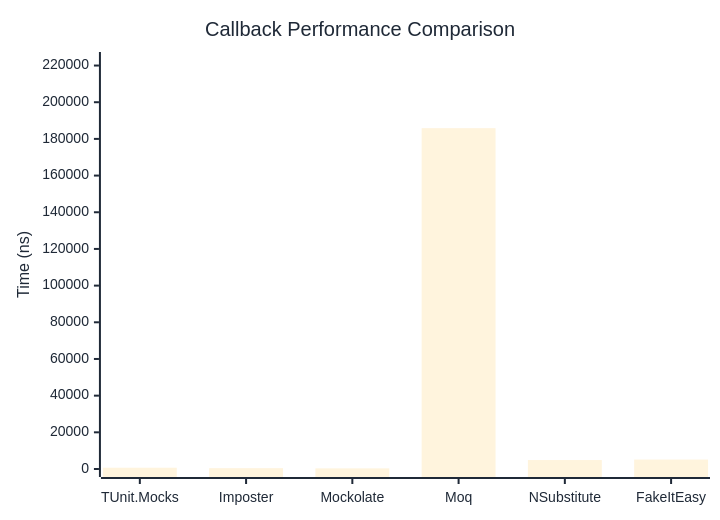
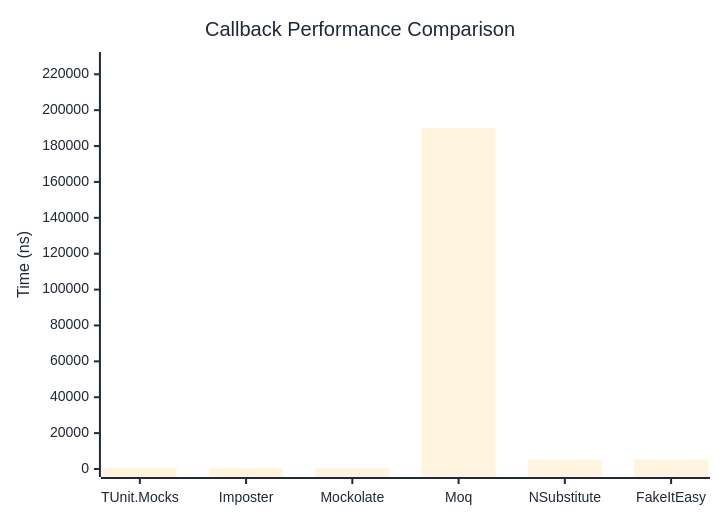
The first of 2 diagrams in docs/docs/benchmarks/mocks/Callback.md (thomhurst/TUnit), drawn with Mermaid before and after one commit. The commit also changed other lines of this file and 14 other files, not shown here.

````diff
--- a/docs/docs/benchmarks/mocks/Callback.md
+++ b/docs/docs/benchmarks/mocks/Callback.md
@@ -30,27 +30,27 @@
 ```mermaid
 %%{init: {
   'theme':'base',
   'themeVariables': {
     'primaryColor': '#2563eb',
     'primaryTextColor': '#1f2937',
     'primaryBorderColor': '#1e40af',
     'lineColor': '#6b7280',
     'secondaryColor': '#7c3aed',
     'tertiaryColor': '#dc2626',
     'background': '#ffffff',
     'pie1': '#2563eb',
     'pie2': '#7c3aed',
     'pie3': '#dc2626',
     'pie4': '#f59e0b',
     'pie5': '#10b981',
     'pie6': '#06b6d4',
     'pie7': '#ec4899',
     'pie8': '#6366f1'
   }
 }}%%
 xychart-beta
   title "Callback Performance Comparison"
   x-axis ["TUnit.Mocks", "Imposter", "Mockolate", "Moq", "NSubstitute", "FakeItEasy"]
-  y-axis "Time (ns)" 0 --> 223020
-  bar [687.1, 463.4, 341.4, 185849.2, 4879, 5150.7]
+  y-axis "Time (ns)" 0 --> 227966
+  bar [741.5, 502.3, 379, 189971.1, 5249, 5408]
 ```
````
